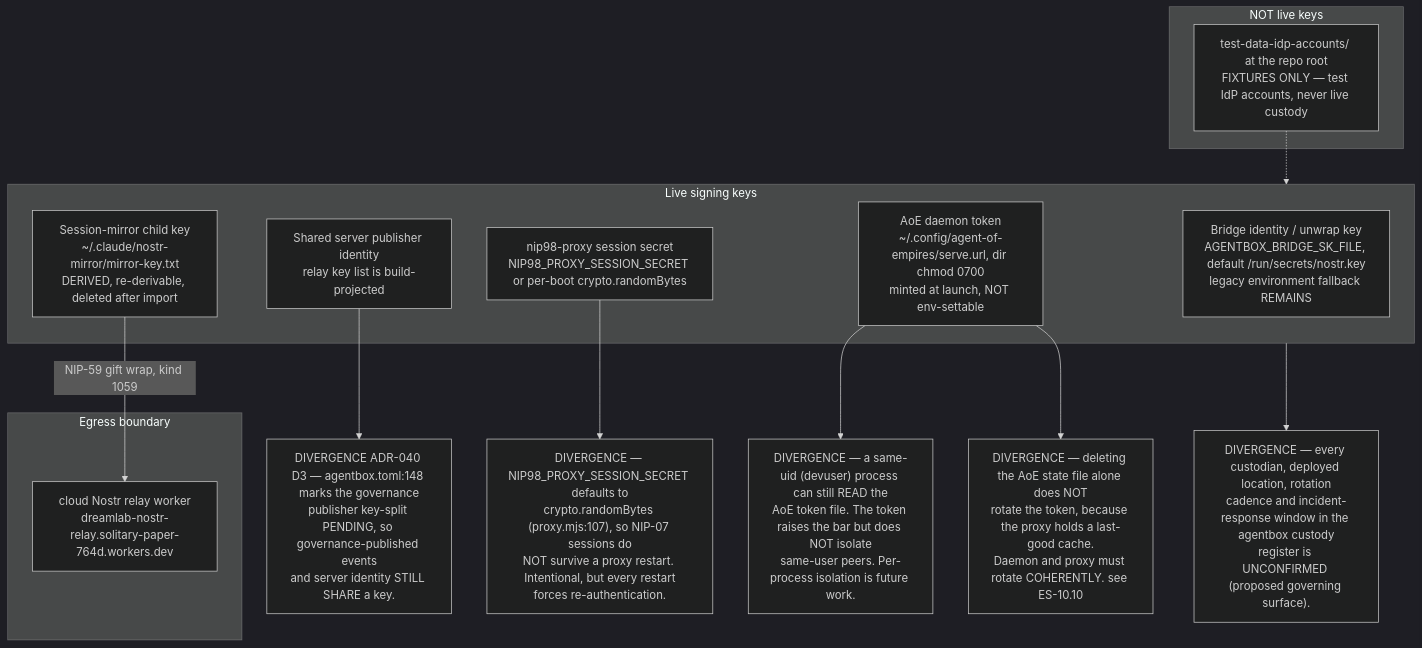
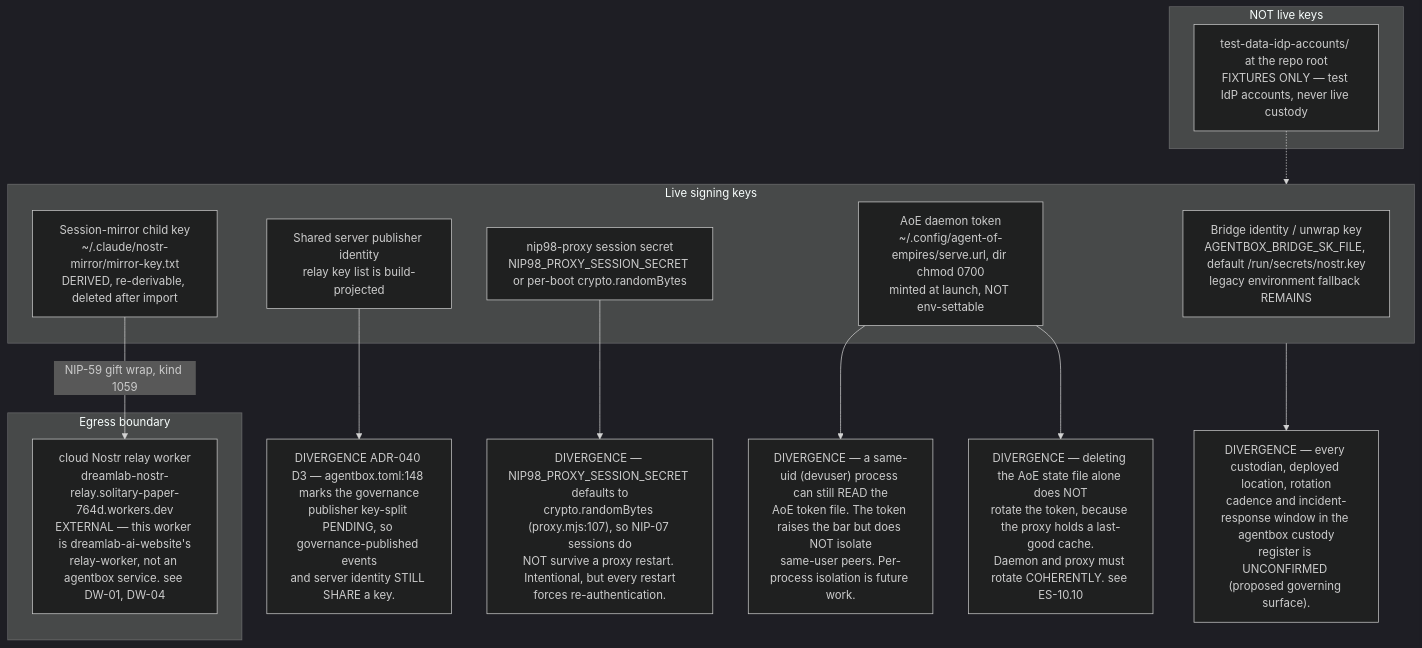
The fifth of 6 diagrams in docs/diagrams/estate/04-identity-mesh-did-nostr.md (DreamLab-AI/VisionFlow), drawn with Mermaid (dark theme) before and after one commit. The commit also changed other lines of this file and 185 other files, not shown here.

Commit message:
docs(estate): reconcile diagrams and ADRs with source and define closeout sprint

````diff
--- a/docs/diagrams/estate/04-identity-mesh-did-nostr.md
+++ b/docs/diagrams/estate/04-identity-mesh-did-nostr.md
@@ -223,31 +223,31 @@
 ```mermaid
 flowchart TB
     subgraph live["Live signing keys"]
         K1["Bridge identity / unwrap key<br/>AGENTBOX_BRIDGE_SK_FILE, default /run/secrets/nostr.key<br/>legacy environment fallback REMAINS"]
         K2["Shared server publisher identity<br/>relay key list is build-projected"]
         K3["AoE daemon token<br/>~/.config/agent-of-empires/serve.url, dir chmod 0700<br/>minted at launch, NOT env-settable"]
         K4["nip98-proxy session secret<br/>NIP98_PROXY_SESSION_SECRET or per-boot crypto.randomBytes"]
         K5["Session-mirror child key<br/>~/.claude/nostr-mirror/mirror-key.txt<br/>DERIVED, re-derivable, deleted after import"]
     end
     subgraph fixtures["NOT live keys"]
         F1["test-data-idp-accounts/ at the repo root<br/>FIXTURES ONLY — test IdP accounts, never live custody"]
     end
     subgraph boundary["Egress boundary"]
-        REL["cloud Nostr relay worker<br/>dreamlab-nostr-relay.solitary-paper-764d.workers.dev"]
+        REL["cloud Nostr relay worker<br/>dreamlab-nostr-relay.solitary-paper-764d.workers.dev<br/>EXTERNAL — this worker is dreamlab-ai-website's<br/>relay-worker, not an agentbox service. see DW-01, DW-04"]
     end
 
     K5 -->|"NIP-59 gift wrap, kind 1059"| REL
 
     D1["DIVERGENCE ADR-040 D3 — agentbox.toml:148 marks the governance<br/>publisher key-split PENDING, so governance-published events<br/>and server identity STILL SHARE a key."]
     D2["DIVERGENCE — NIP98_PROXY_SESSION_SECRET defaults to<br/>crypto.randomBytes (proxy.mjs:107), so NIP-07 sessions do<br/>NOT survive a proxy restart. Intentional, but every restart<br/>forces re-authentication."]
     D3["DIVERGENCE — a same-uid (devuser) process can still READ the<br/>AoE token file. The token raises the bar but does NOT isolate<br/>same-user peers. Per-process isolation is future work."]
     D4["DIVERGENCE — deleting the AoE state file alone does NOT<br/>rotate the token, because the proxy holds a last-good cache.<br/>Daemon and proxy must rotate COHERENTLY. see ES-10.10"]
     D5["DIVERGENCE — every custodian, deployed location, rotation<br/>cadence and incident-response window in the agentbox custody<br/>register is UNCONFIRMED (proposed governing surface)."]
 
     K2 --> D1
     K4 --> D2
     K3 --> D3
     K3 --> D4
     live --> D5
     F1 -.-> live
 ```
````
